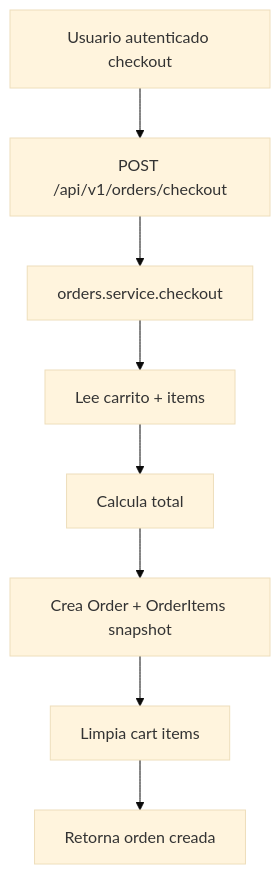
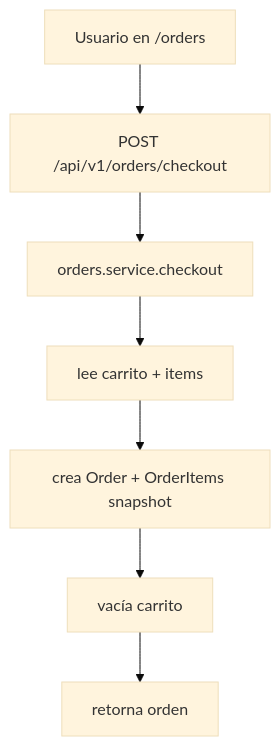
One commit to Ivy-Mk2/Proyecto-de-tienda-online---Front-Back-End changed the fourth of 5 diagrams in docs/arquitectura/03-Flujos.md. Above: the diagram before and after it, drawn with Mermaid (base theme). The commit also changed other lines of this file and 8 other files, not shown here.

````diff
--- a/docs/arquitectura/03-Flujos.md
+++ b/docs/arquitectura/03-Flujos.md
@@ -40,10 +41,9 @@
 ```mermaid
 flowchart TD
-  A[Usuario autenticado checkout] --> B[POST /api/v1/orders/checkout]
+  A[Usuario en /orders] --> B[POST /api/v1/orders/checkout]
   B --> C[orders.service.checkout]
-  C --> D[Lee carrito + items]
-  D --> E[Calcula total]
-  E --> F[Crea Order + OrderItems snapshot]
-  F --> G[Limpia cart items]
-  G --> H[Retorna orden creada]
+  C --> D[lee carrito + items]
+  D --> E[crea Order + OrderItems snapshot]
+  E --> F[vacía carrito]
+  F --> G[retorna orden]
 ```
````
